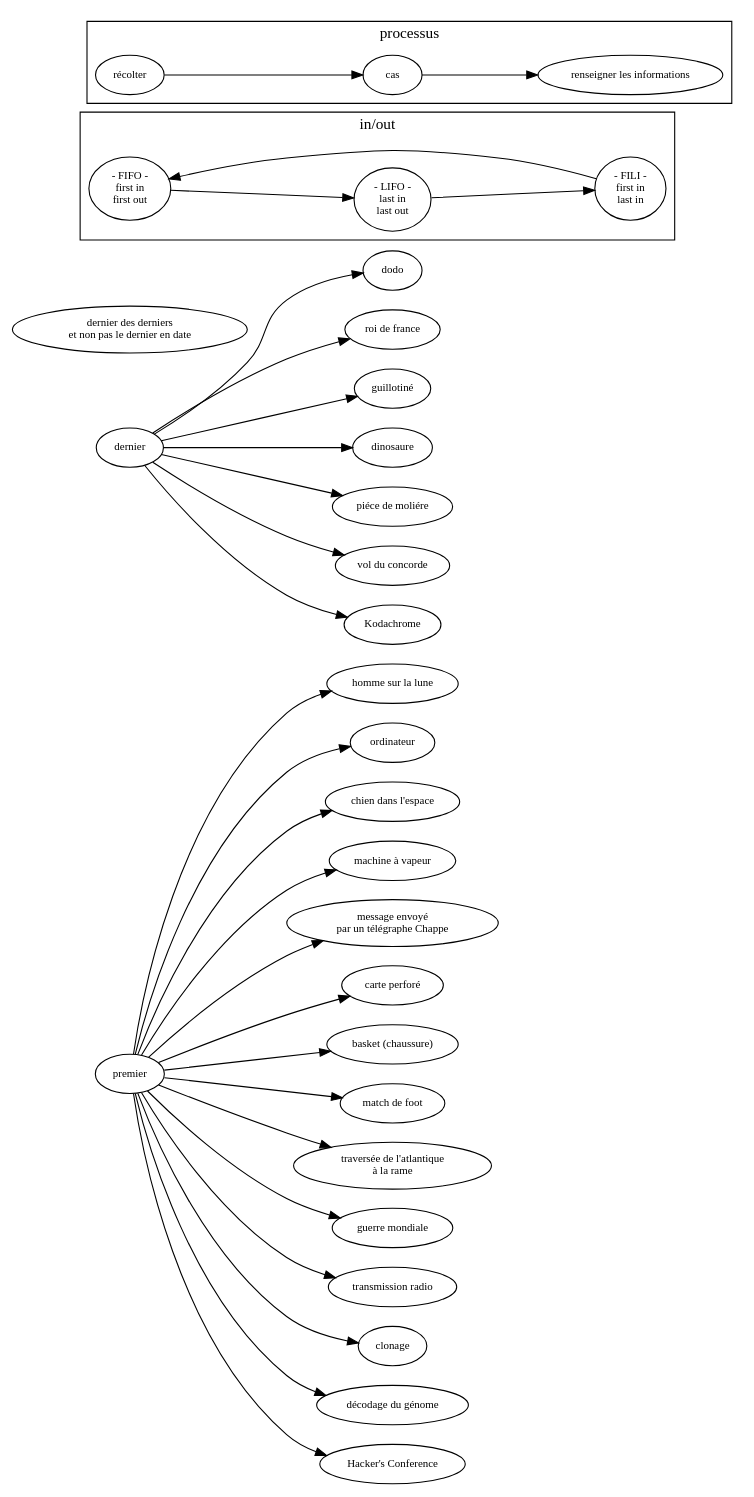
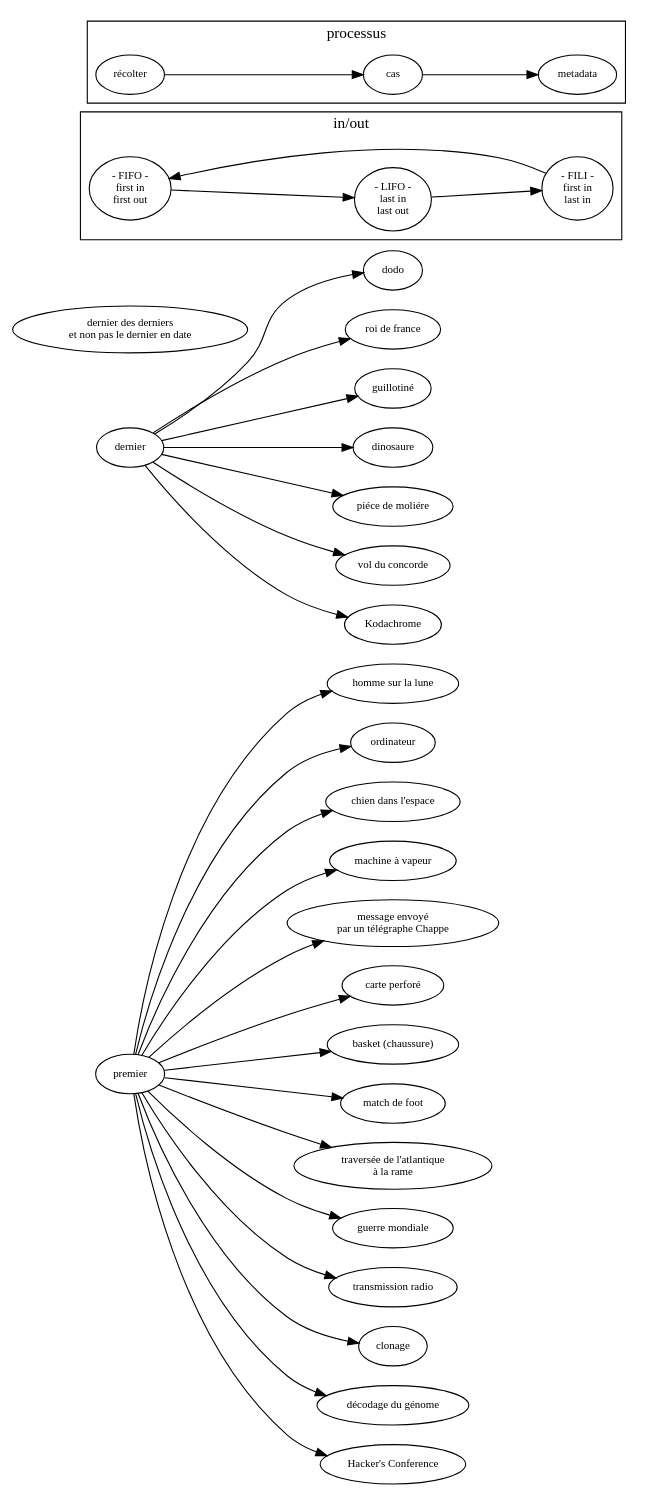
The diagram in sujet.dot (ensad-nancy/first-last), drawn with Graphviz before and after one commit.

Commit message:
+		get -> cas -> metadata

```diff
--- a/sujet.dot
+++ b/sujet.dot
@@ -1,63 +1,63 @@
 digraph {
 
 	layout= "dot"
 	
 
 	fontname="myriadpro"
 	fontsize = 14
 	rankdir="LR"
 	
 	
 	node [fontname="myriadpro", fontsize = 10]
 	edge [fontname="monaco", fontsize = 9]
 	
 	first [label="premier"]
 	last [label="dernier"]
 	
 	"dernier des derniers\n et non pas le dernier en date" 
 
 	first -> "homme sur la lune"
 	first -> "ordinateur"
 	first -> "chien dans l'espace"
 	first -> "machine à vapeur"
 	first -> "message envoyé\npar un télégraphe Chappe"
 	first -> "carte perforé"
 	first -> "basket (chaussure)"
 	first -> "match de foot"
 	first -> "traversée de l'atlantique\nà la rame"
 	first -> "guerre mondiale"
 	first -> "transmission radio"
 	first -> "clonage"
 	first -> "décodage du génome"
 	first -> "Hacker's Conference"
 	
 	last -> dodo
 	last -> "roi de france"
 	last -> "guillotiné"
 	last -> "dinosaure"
 	last -> "piéce de moliére"
 	last -> "vol du concorde"
 	last -> "Kodachrome"
 
 	subgraph cluster_FO{
 	
 		label="in/out"
 		
 		FIFO [label="- FIFO -\nfirst in\nfirst out"]
 		LIFO [label="- LIFO -\nlast in\nlast out"]
 		FILI [label="- FILI -\nfirst in\n last in"]
 
 		FILI -> FIFO -> LIFO -> FILI
 	}
 	
 	subgraph cluster_process {
 		
 		label="processus"
 		
 		get [label="récolter"]
 		
-		get -> cas -> "renseigner les informations"
+		get -> cas -> metadata
 	
 	}
 	
 }
```
